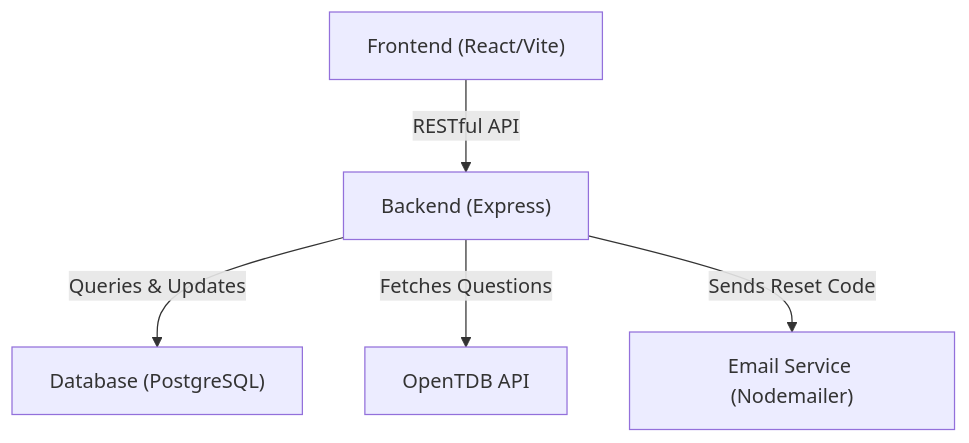
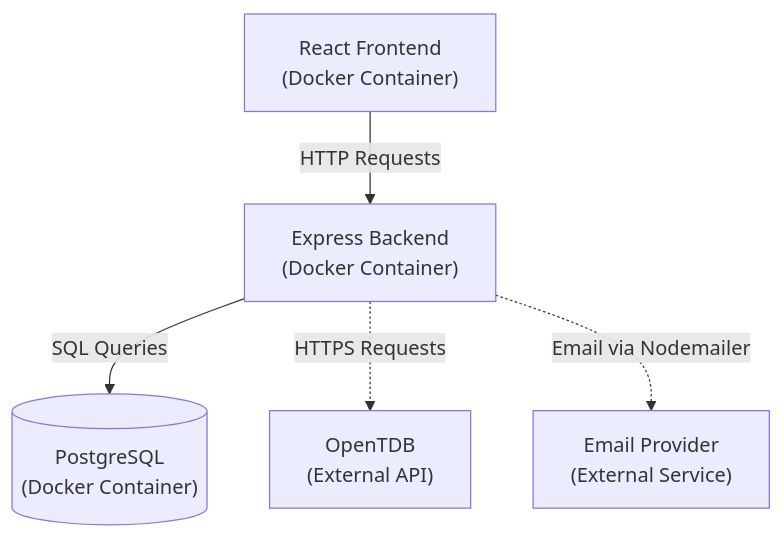
The first of 2 diagrams in README.md (shamitsoni/Quiz-App), drawn with Mermaid before and after one commit. The commit also changed other lines of this file, not shown here.

````diff
--- a/README.md
+++ b/README.md
@@ -29,7 +33,13 @@
 ```mermaid
 flowchart TD
-    FE["Frontend (React/Vite)"] -->|RESTful API| BE["Backend (Express)"]
-    BE -->|Queries & Updates| DB["Database (PostgreSQL)"]
-    BE -->|Fetches Questions| API["OpenTDB API"]
-    BE -->|Sends Reset Code| EMAIL["Email Service (Nodemailer)"]
+    FE["React Frontend<br>(Docker Container)"]
+    BE["Express Backend<br>(Docker Container)"]
+    DB[("PostgreSQL<br>(Docker Container)")]
+    API["OpenTDB<br>(External API)"]
+    EMAIL["Email Provider<br>(External Service)"]
+
+    FE -->|HTTP Requests| BE
+    BE -->|SQL Queries| DB
+    BE -.->|HTTPS Requests| API
+    BE -.->|Email via Nodemailer| EMAIL
 ```
````
